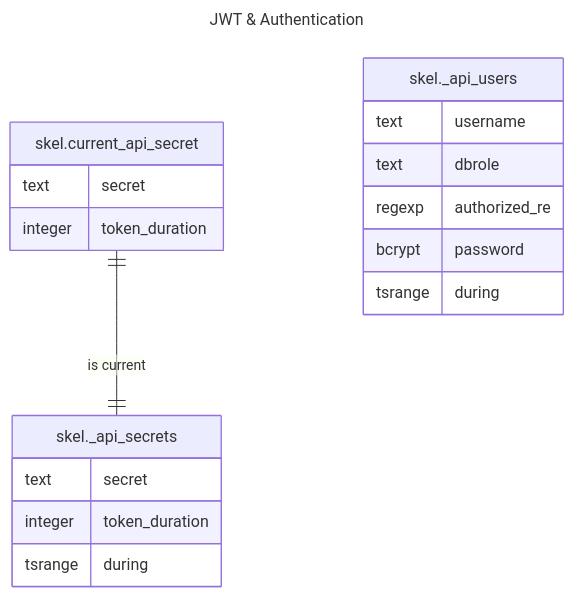
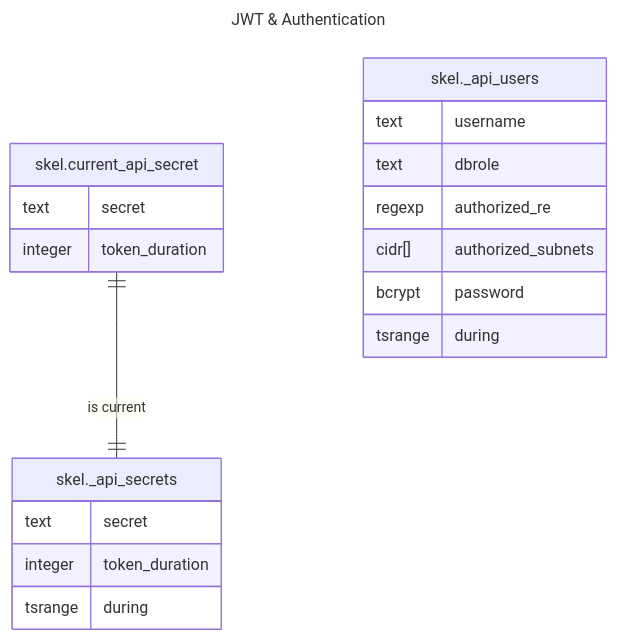
Before and after one commit to nerdlem/schema-skel: the diagram in db/README.md, drawn with Mermaid. The commit also changed other lines of this file and 3 other files, not shown here.

````diff
--- a/db/README.md
+++ b/db/README.md
@@ -77,24 +77,25 @@
 ```mermaid
 ---
 title: JWT & Authentication
 ---
 erDiagram
 
     "skel.current_api_secret" ||--|| "skel._api_secrets" : "is current"
     "skel.current_api_secret" {
         text secret
         integer token_duration
     }
     "skel._api_secrets" {
         text secret
         integer token_duration
         tsrange during
     }
     "skel._api_users" {
         text username
         text dbrole
         regexp authorized_re
+        cidr[] authorized_subnets
         bcrypt  password
         tsrange during
     }
 ```
````
